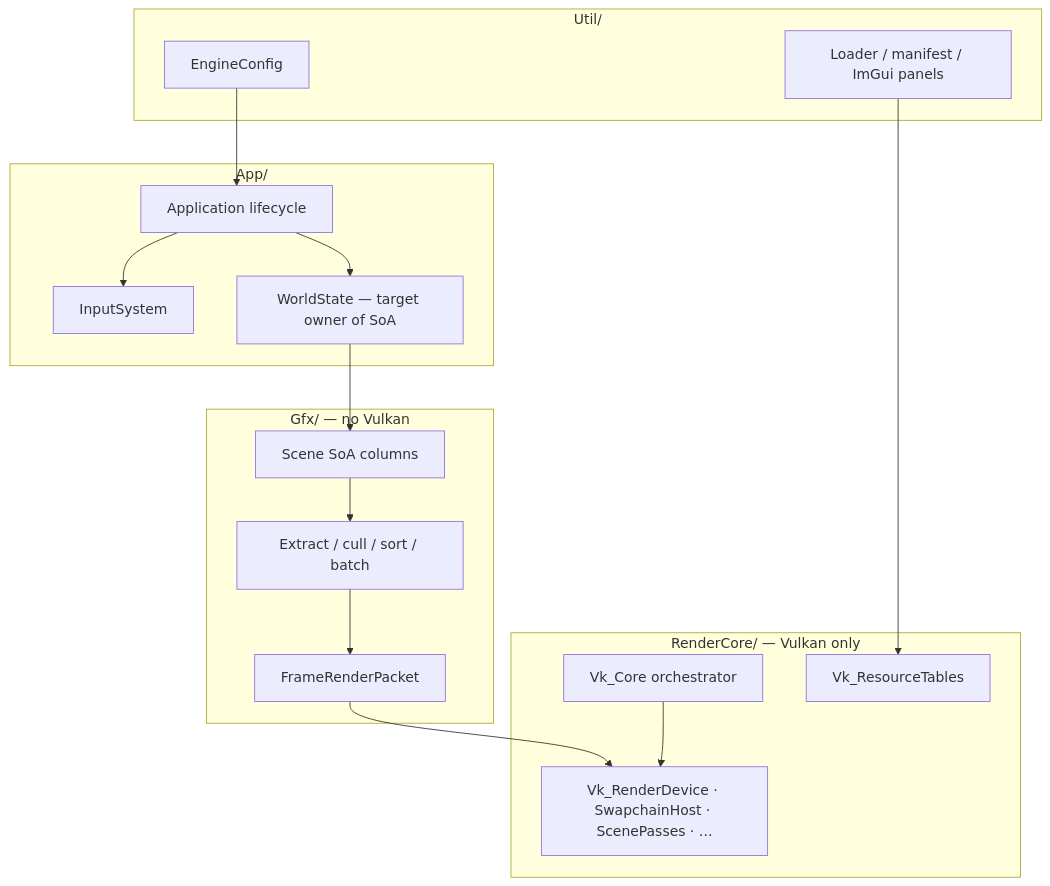
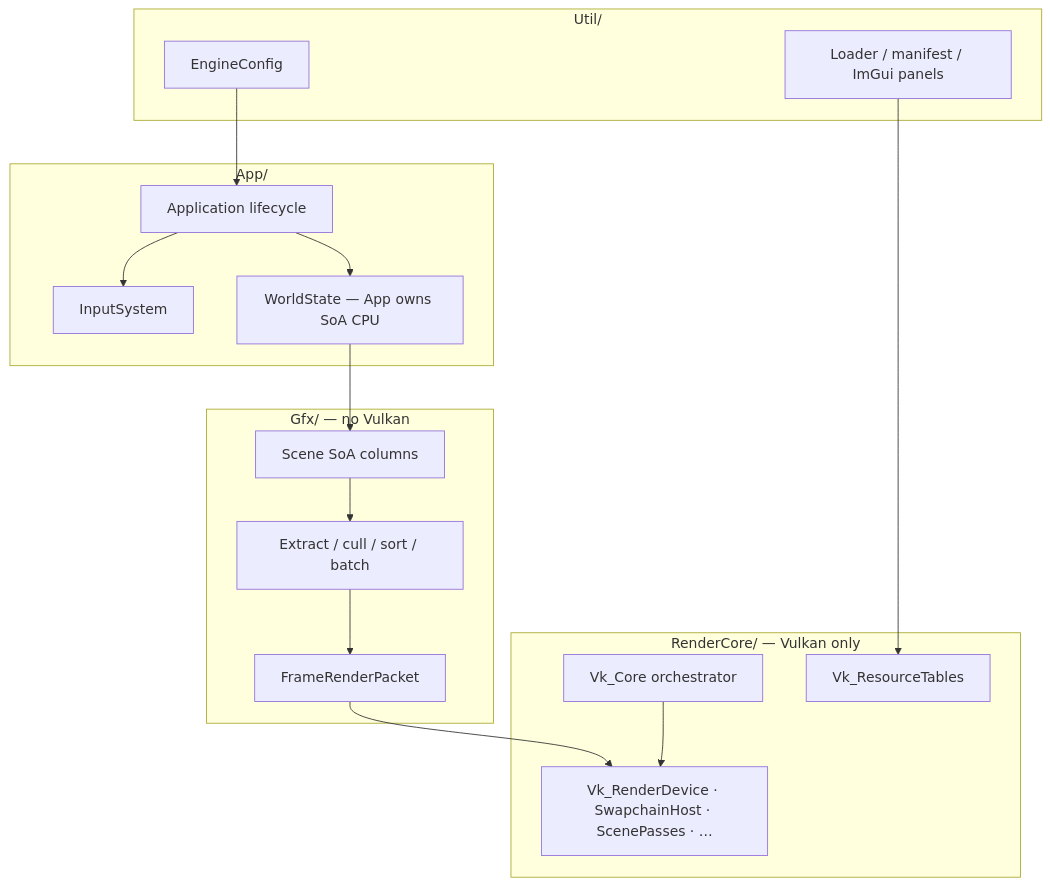
One commit to PluseggWill/SiriusEngine_VulkanReboot changed the first of 13 diagrams in Docs/EngineArchitecture.md. Above: the diagram before and after it, drawn with Mermaid. The commit also changed other lines of this file and 7 other files, not shown here.

````diff
--- a/Docs/EngineArchitecture.md
+++ b/Docs/EngineArchitecture.md
@@ -21,35 +21,35 @@
 ```mermaid
 flowchart TB
   subgraph APP [App/]
     APPLICATION[Application lifecycle]
     INPUT[InputSystem]
-    WORLD[WorldState — target owner of SoA]
+    WORLD[WorldState — App owns SoA CPU]
   end
 
   subgraph GFX [Gfx/ — no Vulkan]
     SOA[Scene SoA columns]
     EXTRACT[Extract / cull / sort / batch]
     PACKETS[FrameRenderPacket]
   end
 
   subgraph UTIL [Util/]
     CONFIG[EngineConfig]
     LOAD[Loader / manifest / ImGui panels]
   end
 
   subgraph RC [RenderCore/ — Vulkan only]
     CORE[Vk_Core orchestrator]
     PEEL[Vk_RenderDevice · SwapchainHost · ScenePasses · …]
     TABLES[Vk_ResourceTables]
   end
 
   APPLICATION --> INPUT
   APPLICATION --> WORLD
   WORLD --> SOA
   SOA --> EXTRACT
   EXTRACT --> PACKETS
   PACKETS --> PEEL
   CONFIG --> APPLICATION
   LOAD --> TABLES
   CORE --> PEEL
 ```
````
